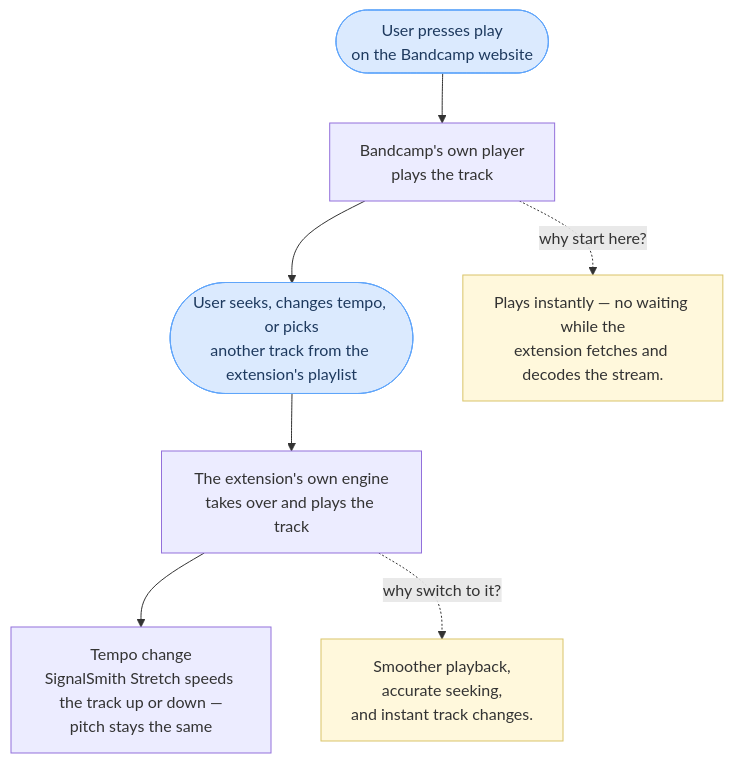
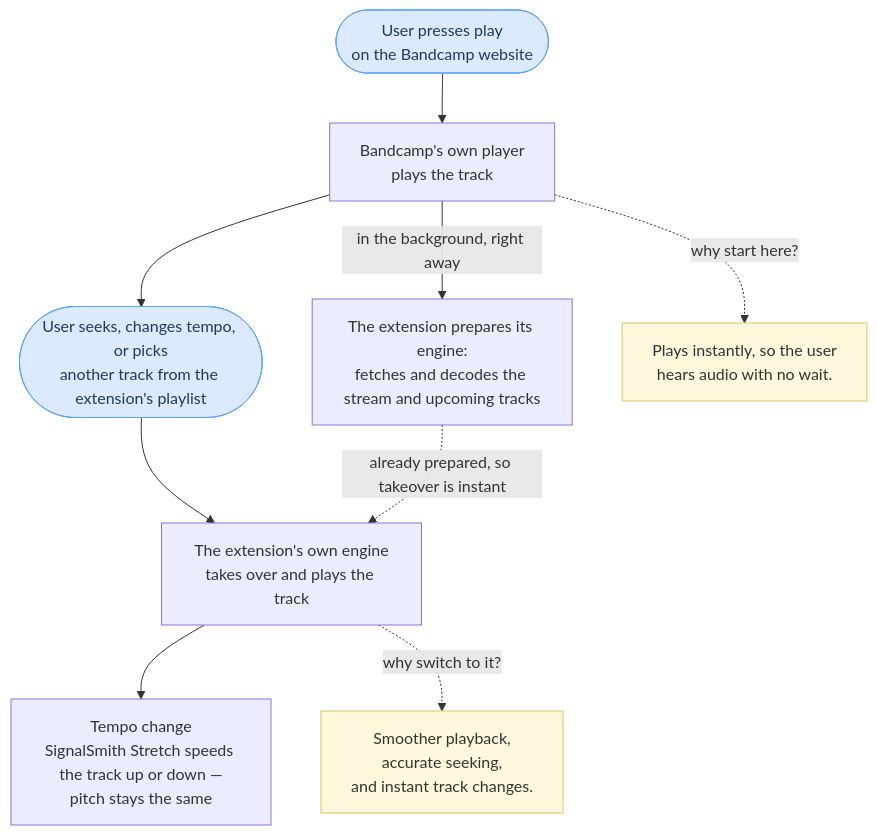
Before and after one commit to tobias-d/bandcamp-player-extension: the first of 2 diagrams in README.md, drawn with Mermaid.

Commit message:
README: show background runtime preparation in playback diagram
Bandcamp playback now branches to a "prepare engine in the background"
box (fetch + decode stream and upcoming tracks) that feeds an instant
takeover, matching the prepared-not-owned model. Trim the why-start note
so it no longer duplicates the prep wording.

Docs-only; no build needed.

````diff
--- a/README.md
+++ b/README.md
@@ -56,15 +56,18 @@
 ```mermaid
 flowchart TD
     Play([User presses play<br/>on the Bandcamp website]) --> Origin[Bandcamp's own player<br/>plays the track]
     Origin --> Action([User seeks, changes tempo, or picks<br/>another track from the extension's playlist])
     Action --> Runtime[The extension's own engine<br/>takes over and plays the track]
     Runtime --> Tempo["Tempo change<br/>SignalSmith Stretch speeds the track up or down —<br/>pitch stays the same"]
 
-    Origin -.->|why start here?| WhyOrigin["Plays instantly — no waiting while the<br/>extension fetches and decodes the stream."]
+    Origin -->|in the background, right away| Prep[The extension prepares its engine:<br/>fetches and decodes the stream and upcoming tracks]
+    Prep -.->|already prepared, so takeover is instant| Runtime
+
+    Origin -.->|why start here?| WhyOrigin["Plays instantly, so the user<br/>hears audio with no wait."]
     Runtime -.->|why switch to it?| WhyRuntime["Smoother playback,<br/>accurate seeking,<br/>and instant track changes."]
 
     classDef action fill:#dbeafe,stroke:#60a5fa,color:#1e3a5f;
     classDef note fill:#fff8dc,stroke:#d9c46a,color:#333;
     class Play,Action action;
     class WhyOrigin,WhyRuntime note;
 ```
````
